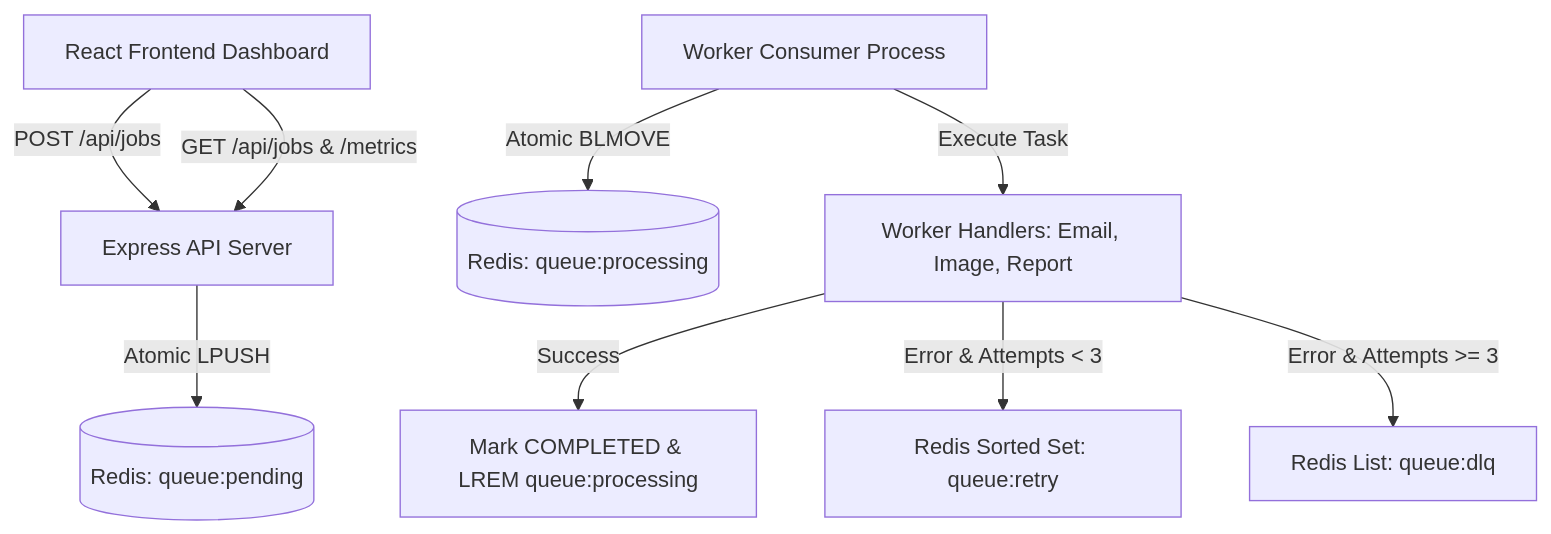
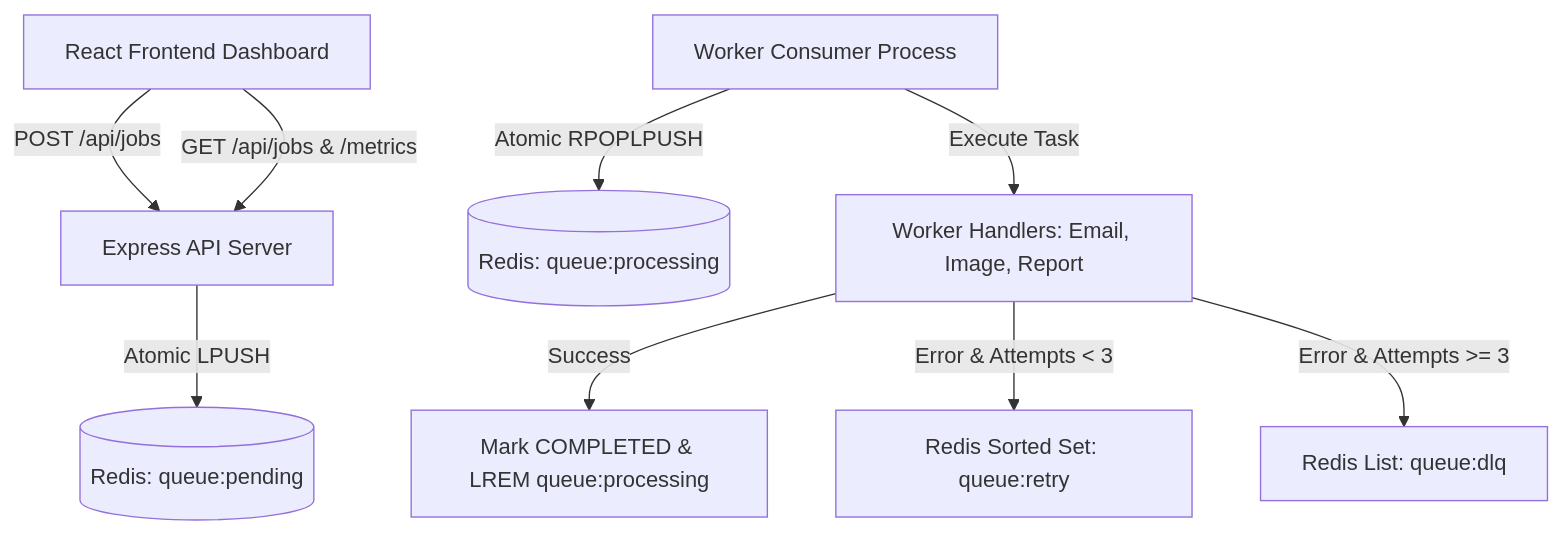
The diagram in README.md (AshokYadav186/task-queue-engine), drawn with Mermaid before and after one commit. The commit also changed other lines of this file, not shown here.

````diff
--- a/README.md
+++ b/README.md
@@ -17,11 +17,11 @@
 ```mermaid
 graph TD
     Client[React Frontend Dashboard] -->|POST /api/jobs | API[Express API Server]
     Client -->|GET /api/jobs & /metrics| API
     API -->|Atomic LPUSH| RedisPending[(Redis: queue:pending)]
-    Worker[Worker Consumer Process] -->|Atomic BLMOVE| RedisProcessing[(Redis: queue:processing)]
+    Worker[Worker Consumer Process] -->|Atomic RPOPLPUSH| RedisProcessing[(Redis: queue:processing)]
     Worker -->|Execute Task| Handlers[Worker Handlers: Email, Image, Report]
     Handlers -->|Success| Complete[Mark COMPLETED & LREM queue:processing]
     Handlers -->|Error & Attempts < 3| RetryQueue[Redis Sorted Set: queue:retry]
     Handlers -->|Error & Attempts >= 3| DLQQueue[Redis List: queue:dlq]
 ```
````
